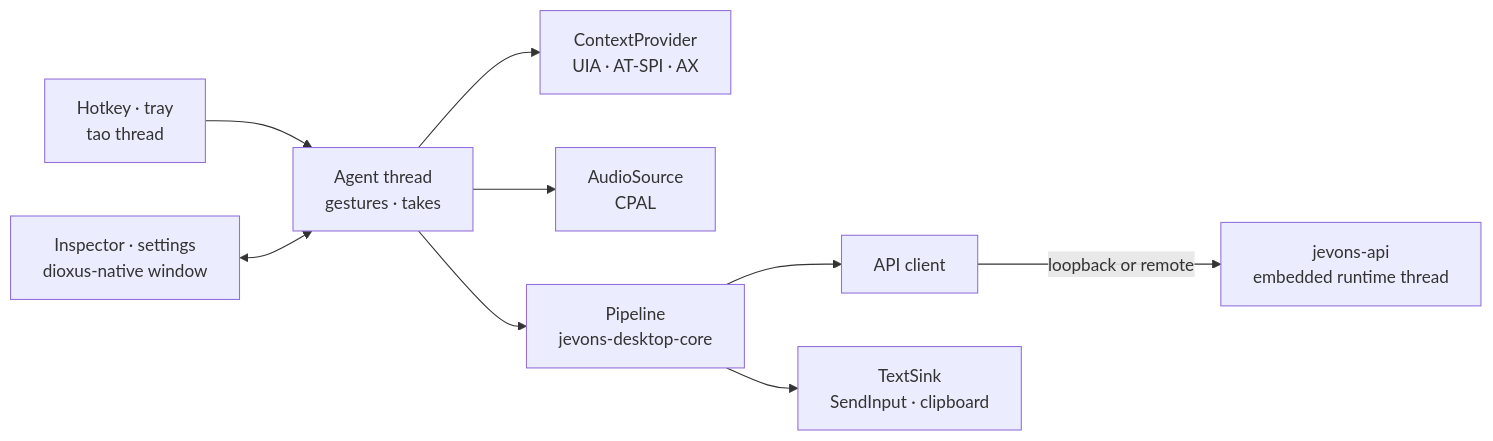
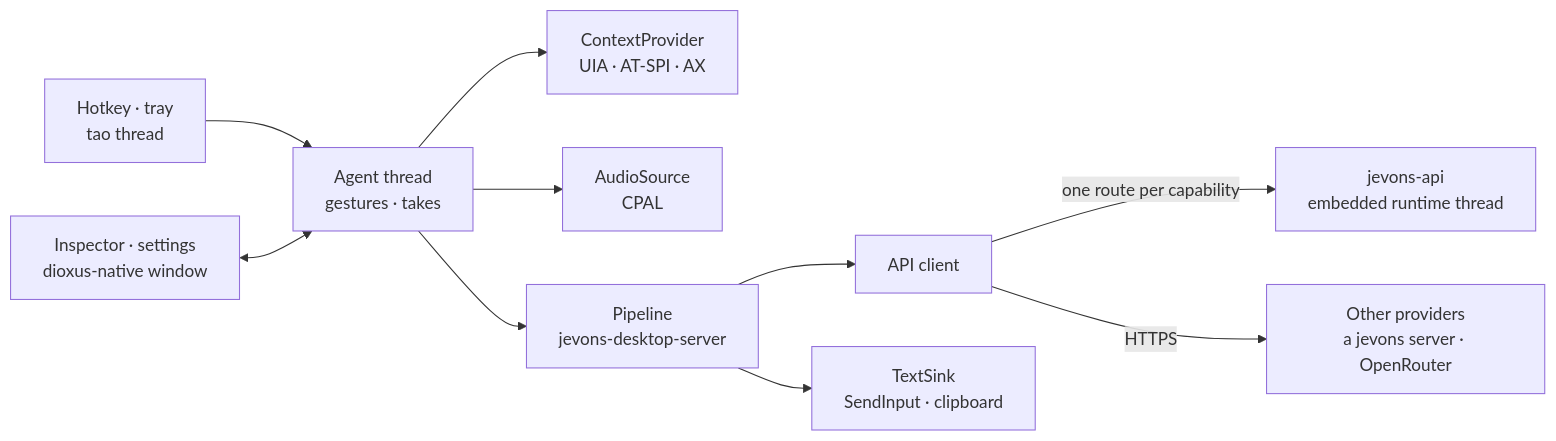
Before and after one commit to zojeda/jevons-rs: the diagram in docs/desktop.md, drawn with Mermaid. The commit also changed other lines of this file and 248 other files, not shown here.

````diff
--- a/docs/desktop.md
+++ b/docs/desktop.md
@@ -345,11 +483,12 @@
 ```mermaid
 flowchart LR
     hotkey["Hotkey · tray<br/>tao thread"] --> agent
     inspector["Inspector · settings<br/>dioxus-native window"] <--> agent
     agent["Agent thread<br/>gestures · takes"] --> context["ContextProvider<br/>UIA · AT-SPI · AX"]
     agent --> mic["AudioSource<br/>CPAL"]
-    agent --> pipeline["Pipeline<br/>jevons-desktop-core"]
+    agent --> pipeline["Pipeline<br/>jevons-desktop-server"]
     pipeline --> client["API client"]
-    client -- "loopback or remote" --> api["jevons-api<br/>embedded runtime thread"]
+    client -- "one route per capability" --> api["jevons-api<br/>embedded runtime thread"]
+    client -- "HTTPS" --> providers["Other providers<br/>a jevons server · OpenRouter"]
     pipeline --> sink["TextSink<br/>SendInput · clipboard"]
 ```
````
